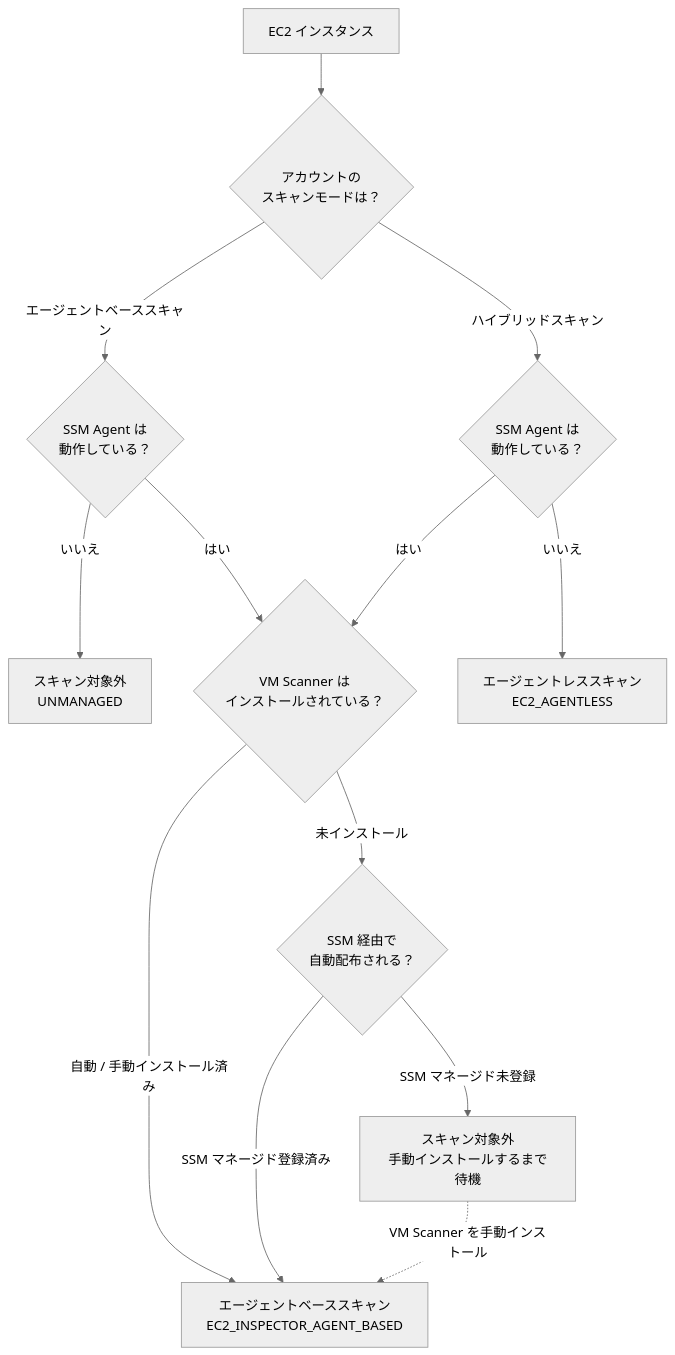
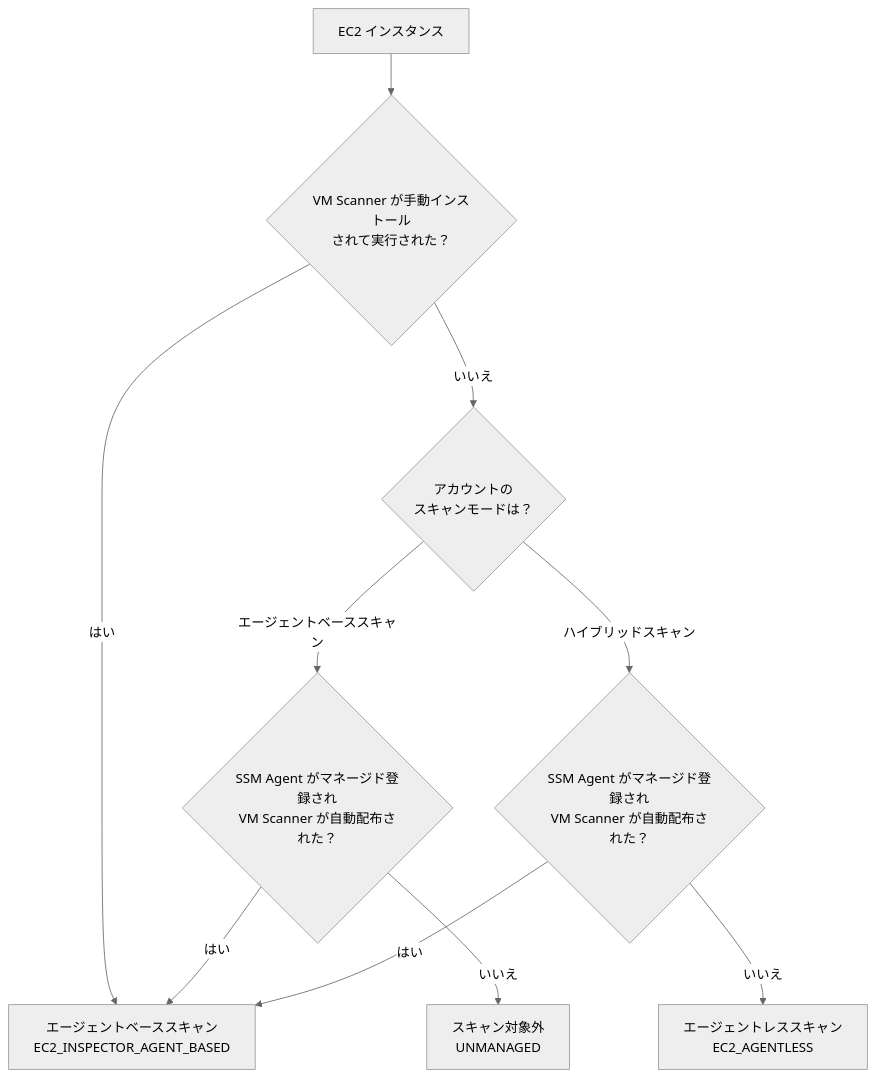
One commit to Keisuke-Hiraki/public-zenn-connect changed the diagram in articles/inspector-vm-scanner-release.md. Above: the diagram before and after it, drawn with Mermaid (neutral theme). The commit also changed other lines of this file, not shown here.

Commit message:
publish inspector-vm-scanner

````diff
--- a/articles/inspector-vm-scanner-release.md
+++ b/articles/inspector-vm-scanner-release.md
@@ -475,20 +476,16 @@
 ```mermaid
 flowchart TD
-    A[EC2 インスタンス] --> B{アカウントの<br/>スキャンモードは？}
-    B -->|エージェントベーススキャン| C{SSM Agent は<br/>動作している？}
-    B -->|ハイブリッドスキャン| D{SSM Agent は<br/>動作している？}
+    A[EC2 インスタンス] --> K{VM Scanner が手動インストール<br/>されて実行された？}
+
+    K -->|はい| H[エージェントベーススキャン<br/>EC2_INSPECTOR_AGENT_BASED]
+    K -->|いいえ| B{アカウントの<br/>スキャンモードは？}
+
+    B -->|エージェントベーススキャン| C{SSM Agent がマネージド登録され<br/>VM Scanner が自動配布された？}
+    B -->|ハイブリッドスキャン| D{SSM Agent がマネージド登録され<br/>VM Scanner が自動配布された？}
 
     C -->|いいえ| E[スキャン対象外<br/>UNMANAGED]
-    C -->|はい| F
+    C -->|はい| H
 
     D -->|いいえ| G[エージェントレススキャン<br/>EC2_AGENTLESS]
-    D -->|はい| F{VM Scanner は<br/>インストールされている？}
-
-    F -->|自動 / 手動インストール済み| H[エージェントベーススキャン<br/>EC2_INSPECTOR_AGENT_BASED]
-    F -->|未インストール| I{SSM 経由で<br/>自動配布される？}
-
-    I -->|SSM マネージド登録済み| H
-    I -->|SSM マネージド未登録| J[スキャン対象外<br/>手動インストールするまで待機]
-
-    J -.->|VM Scanner を手動インストール| H
+    D -->|はい| H
 ```
````
